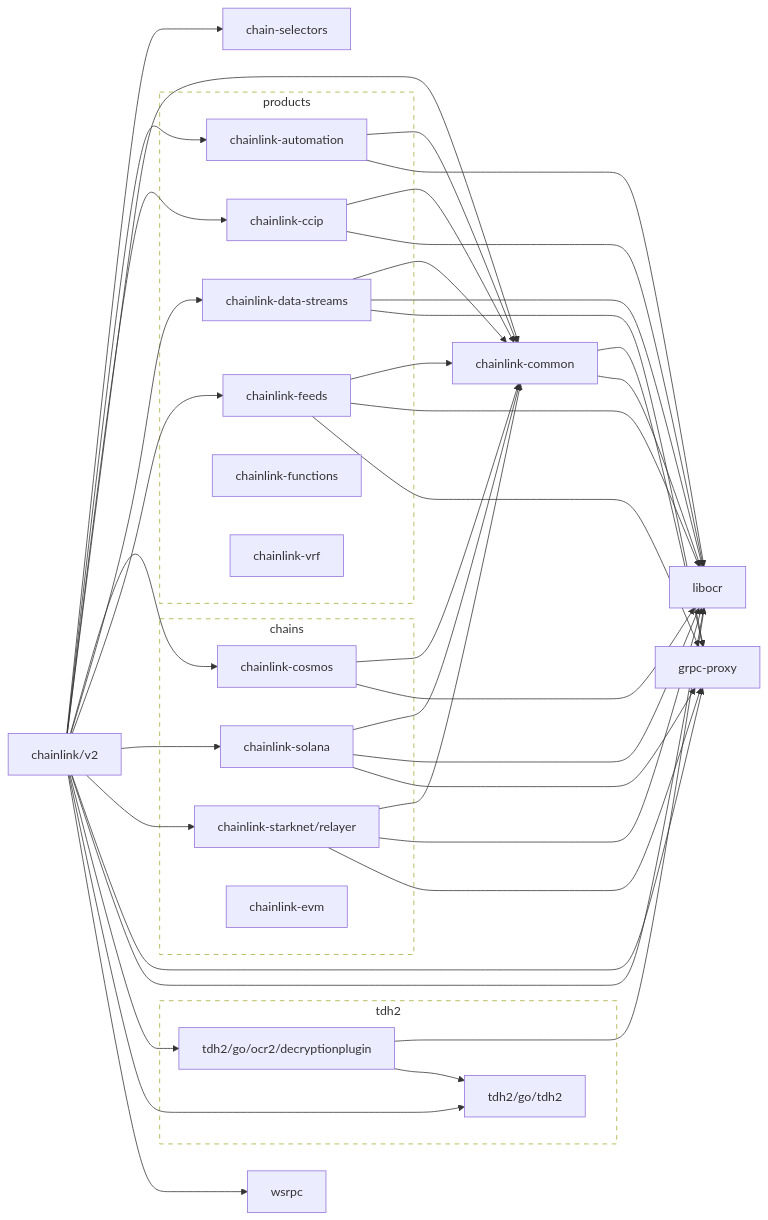
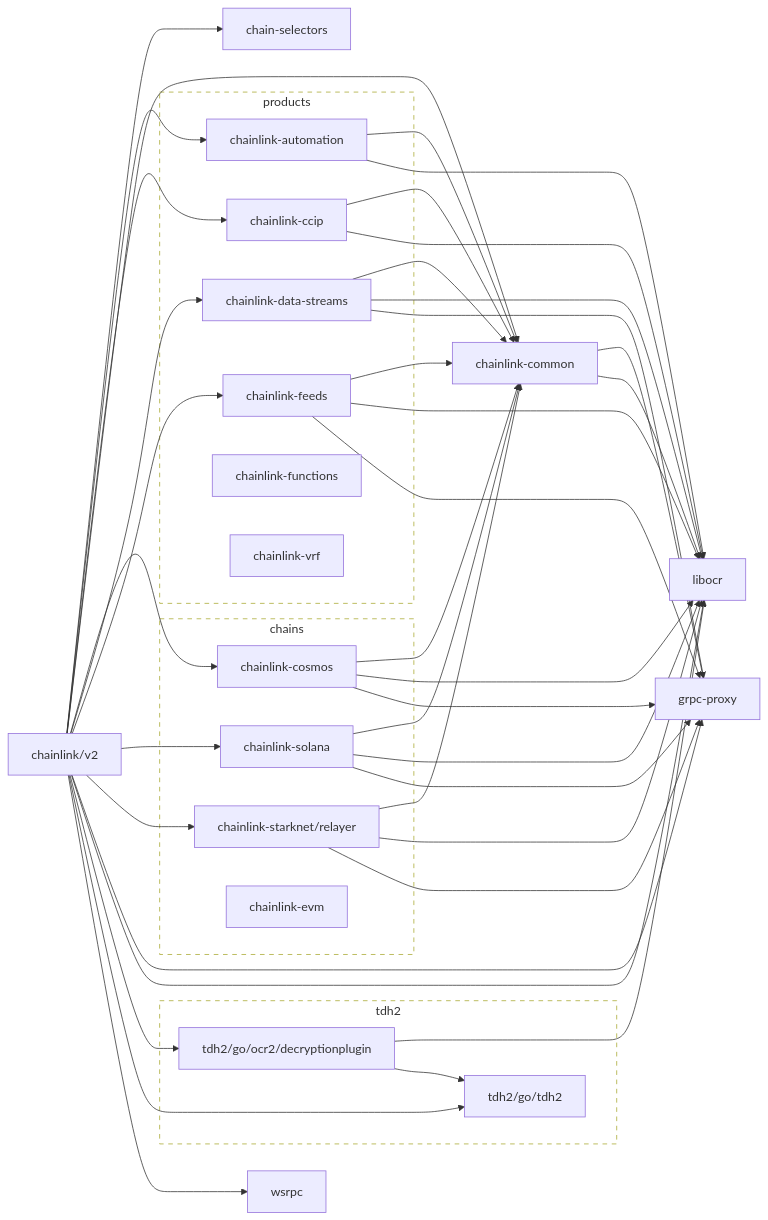
The diagram in go.md (smartcontractkit/chainlink), drawn with Mermaid before and after one commit.

Commit message:
run generate

````diff
--- a/go.md
+++ b/go.md
@@ -2,77 +2,78 @@
 ```mermaid
 flowchart LR
   subgraph chains
     chainlink-cosmos
     chainlink-solana
     chainlink-starknet/relayer
     chainlink-evm
   end
 
   subgraph products
     chainlink-automation
     chainlink-ccip
     chainlink-data-streams
     chainlink-feeds
     chainlink-functions
     chainlink-vrf
   end
 
   subgraph tdh2
     tdh2/go/tdh2
     tdh2/go/ocr2/decryptionplugin
   end
 
   classDef outline stroke-dasharray:6,fill:none;
   class chains,products,tdh2 outline
 
   chainlink/v2 --> chain-selectors
   click chain-selectors href "https://github.com/smartcontractkit/chain-selectors"
   chainlink/v2 --> chainlink-automation
   click chainlink-automation href "https://github.com/smartcontractkit/chainlink-automation"
   chainlink/v2 --> chainlink-ccip
   click chainlink-ccip href "https://github.com/smartcontractkit/chainlink-ccip"
   chainlink/v2 --> chainlink-common
   click chainlink-common href "https://github.com/smartcontractkit/chainlink-common"
   chainlink/v2 --> chainlink-cosmos
   click chainlink-cosmos href "https://github.com/smartcontractkit/chainlink-cosmos"
   chainlink/v2 --> chainlink-data-streams
   click chainlink-data-streams href "https://github.com/smartcontractkit/chainlink-data-streams"
   chainlink/v2 --> chainlink-feeds
   click chainlink-feeds href "https://github.com/smartcontractkit/chainlink-feeds"
   chainlink/v2 --> chainlink-solana
   click chainlink-solana href "https://github.com/smartcontractkit/chainlink-solana"
   chainlink/v2 --> chainlink-starknet/relayer
   click chainlink-starknet/relayer href "https://github.com/smartcontractkit/chainlink-starknet"
   chainlink/v2 --> grpc-proxy
   click grpc-proxy href "https://github.com/smartcontractkit/grpc-proxy"
   chainlink/v2 --> libocr
   click libocr href "https://github.com/smartcontractkit/libocr"
   chainlink/v2 --> tdh2/go/ocr2/decryptionplugin
   click tdh2/go/ocr2/decryptionplugin href "https://github.com/smartcontractkit/tdh2"
   chainlink/v2 --> tdh2/go/tdh2
   click tdh2/go/tdh2 href "https://github.com/smartcontractkit/tdh2"
   chainlink/v2 --> wsrpc
   click wsrpc href "https://github.com/smartcontractkit/wsrpc"
   chainlink-automation --> chainlink-common
   chainlink-automation --> libocr
   chainlink-ccip --> chainlink-common
   chainlink-ccip --> libocr
   chainlink-common --> grpc-proxy
   chainlink-common --> libocr
   chainlink-cosmos --> chainlink-common
   chainlink-cosmos --> libocr
+  chainlink-cosmos --> grpc-proxy
   chainlink-data-streams --> chainlink-common
   chainlink-data-streams --> libocr
   chainlink-data-streams --> grpc-proxy
   chainlink-feeds --> chainlink-common
   chainlink-feeds --> libocr
   chainlink-feeds --> grpc-proxy
   chainlink-solana --> chainlink-common
   chainlink-solana --> libocr
   chainlink-solana --> grpc-proxy
   chainlink-starknet/relayer --> chainlink-common
   chainlink-starknet/relayer --> libocr
   chainlink-starknet/relayer --> grpc-proxy
   tdh2/go/ocr2/decryptionplugin --> libocr
   tdh2/go/ocr2/decryptionplugin --> tdh2/go/tdh2
 ```
````
